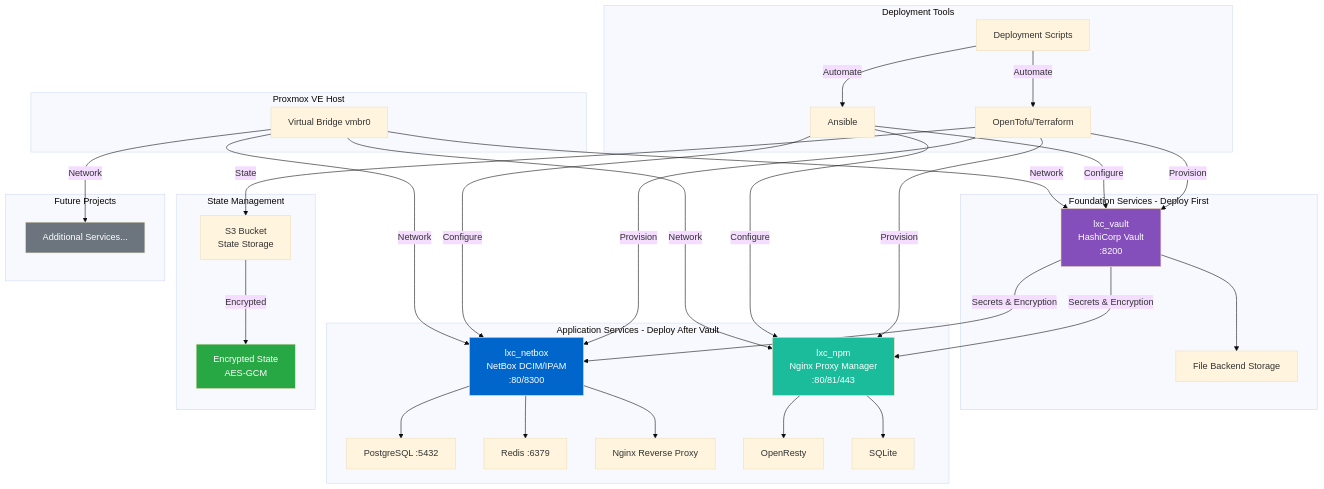
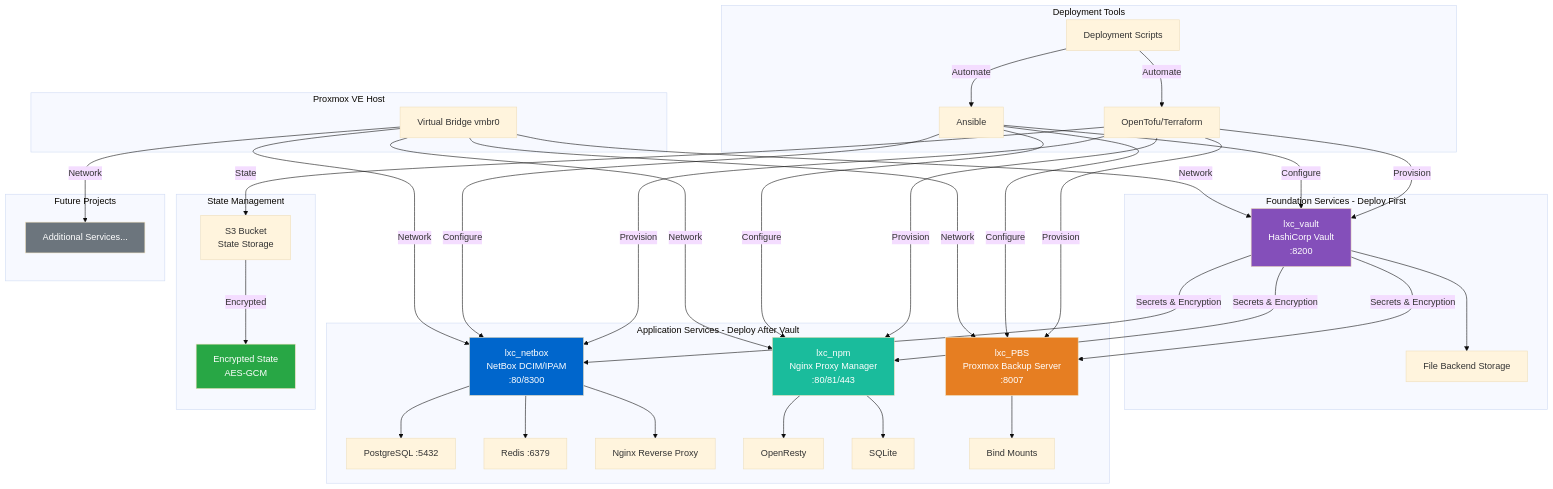
One commit to jegorik/HomeLab-Proxmox-Restructured- changed the first of 2 diagrams in README.md. Above: the diagram before and after it, drawn with Mermaid (base theme). The commit also changed other lines of this file and 25 other files, not shown here.

First line of the commit message:
feat(terraform): Add LXC Base Template for Proxmox Backup Server deployment

````diff
--- a/README.md
+++ b/README.md
@@ -35,71 +35,80 @@
 ```mermaid
 graph TB
     subgraph "Deployment Tools"
         A[OpenTofu/Terraform]
         B[Ansible]
         C[Deployment Scripts]
     end
     
     subgraph "Proxmox VE Host"
         D[Virtual Bridge vmbr0]
     end
     
     subgraph "Foundation Services - Deploy First"
         E[lxc_vault<br/>HashiCorp Vault<br/>:8200]
         E1[File Backend Storage]
     end
     
     subgraph "Application Services - Deploy After Vault"
         F[lxc_netbox<br/>NetBox DCIM/IPAM<br/>:80/8300]
         F1[PostgreSQL :5432]
         F2[Redis :6379]
         F3[Nginx Reverse Proxy]
         NPM[lxc_npm<br/>Nginx Proxy Manager<br/>:80/81/443]
         NPM1[OpenResty]
         NPM2[SQLite]
+        PBS[lxc_PBS<br/>Proxmox Backup Server<br/>:8007]
+        PBS1[Bind Mounts]
     end
     
     subgraph "State Management"
         G[S3 Bucket<br/>State Storage]
         H[Encrypted State<br/>AES-GCM]
     end
     
     subgraph "Future Projects"
         I[Additional Services...]
     end
     
     A -->|Provision| E
     A -->|Provision| F
     A -->|Provision| NPM
+    A -->|Provision| PBS
     A -->|State| G
     G -->|Encrypted| H
     
     B -->|Configure| E
     B -->|Configure| F
     B -->|Configure| NPM
+    B -->|Configure| PBS
     
     C -->|Automate| A
     C -->|Automate| B
     
     E --> E1
     E -->|Secrets & Encryption| F
     E -->|Secrets & Encryption| NPM
+    E -->|Secrets & Encryption| PBS
     
     F --> F1
     F --> F2
     F --> F3
     
     NPM --> NPM1
     NPM --> NPM2
     
+    PBS --> PBS1
+    
     D -->|Network| E
     D -->|Network| F
     D -->|Network| NPM
+    D -->|Network| PBS
     D -->|Network| I
     
     style E fill:#844fba,color:#fff
     style F fill:#0066cc,color:#fff
     style NPM fill:#1abc9c,color:#fff
+    style PBS fill:#e67e22,color:#fff
     style H fill:#28a745,color:#fff
     style I fill:#6c757d,color:#fff
 ```
````
